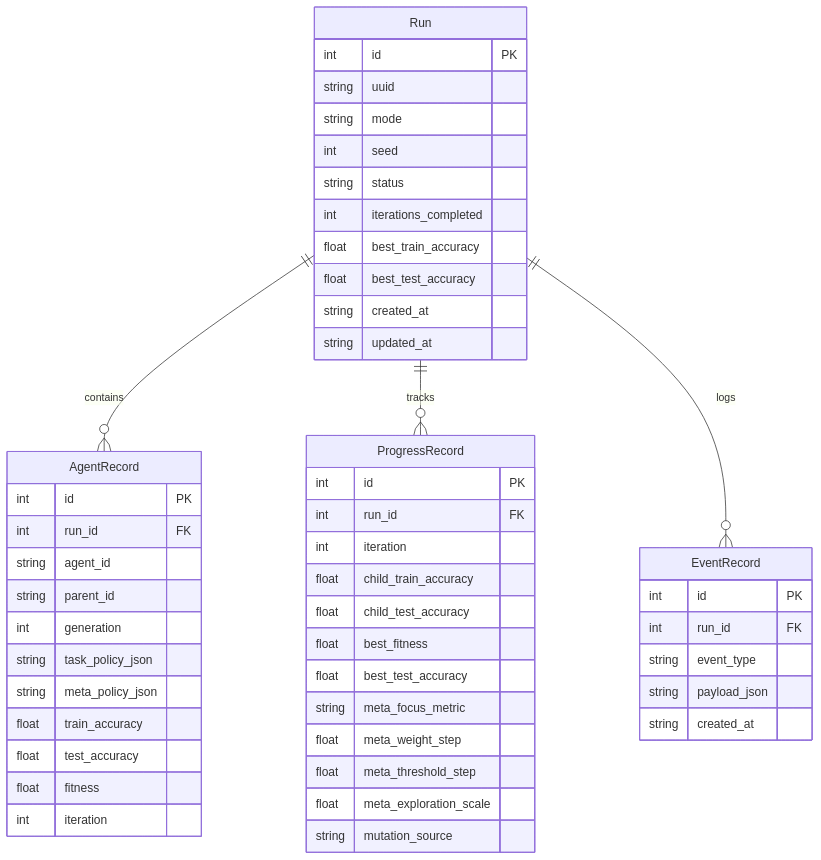
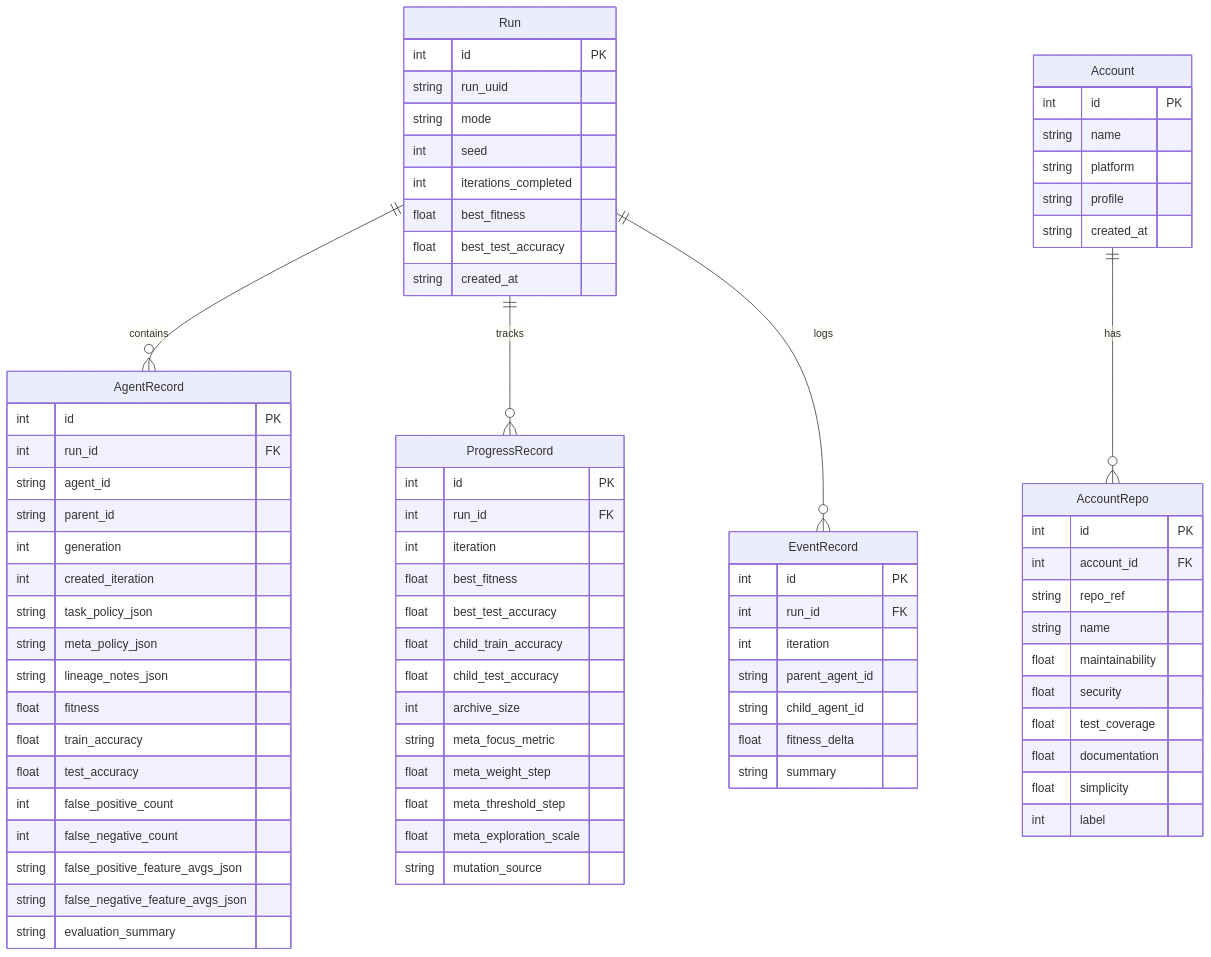
One commit to AISmithy/metacognitive-self-improvement changed the sixth of 6 diagrams in docs/architecture.md. Above: the diagram before and after it, drawn with Mermaid. The commit also changed other lines of this file and 4 other files, not shown here.

````diff
--- a/docs/architecture.md
+++ b/docs/architecture.md
@@ -176,15 +236,13 @@
 erDiagram
   Run {
     int    id PK
-    string uuid
+    string run_uuid
     string mode
     int    seed
-    string status
     int    iterations_completed
-    float  best_train_accuracy
+    float  best_fitness
     float  best_test_accuracy
     string created_at
-    string updated_at
   }
 
   AgentRecord {
@@ -193,22 +251,29 @@
     string agent_id
     string parent_id
     int    generation
+    int    created_iteration
     string task_policy_json
     string meta_policy_json
+    string lineage_notes_json
+    float  fitness
     float  train_accuracy
     float  test_accuracy
-    float  fitness
-    int    iteration
+    int    false_positive_count
+    int    false_negative_count
+    string false_positive_feature_avgs_json
+    string false_negative_feature_avgs_json
+    string evaluation_summary
   }
 
   ProgressRecord {
     int    id PK
     int    run_id FK
     int    iteration
+    float  best_fitness
+    float  best_test_accuracy
     float  child_train_accuracy
     float  child_test_accuracy
-    float  best_fitness
-    float  best_test_accuracy
+    int    archive_size
     string meta_focus_metric
     float  meta_weight_step
     float  meta_threshold_step
@@ -219,12 +284,36 @@
   EventRecord {
     int    id PK
     int    run_id FK
-    string event_type
-    string payload_json
+    int    iteration
+    string parent_agent_id
+    string child_agent_id
+    float  fitness_delta
+    string summary
+  }
+
+  Account {
+    int    id PK
+    string name
+    string platform
+    string profile
     string created_at
+  }
+
+  AccountRepo {
+    int    id PK
+    int    account_id FK
+    string repo_ref
+    string name
+    float  maintainability
+    float  security
+    float  test_coverage
+    float  documentation
+    float  simplicity
+    int    label
   }
 
   Run ||--o{ AgentRecord    : "contains"
   Run ||--o{ ProgressRecord : "tracks"
   Run ||--o{ EventRecord    : "logs"
+  Account ||--o{ AccountRepo : "has"
 ```
````
